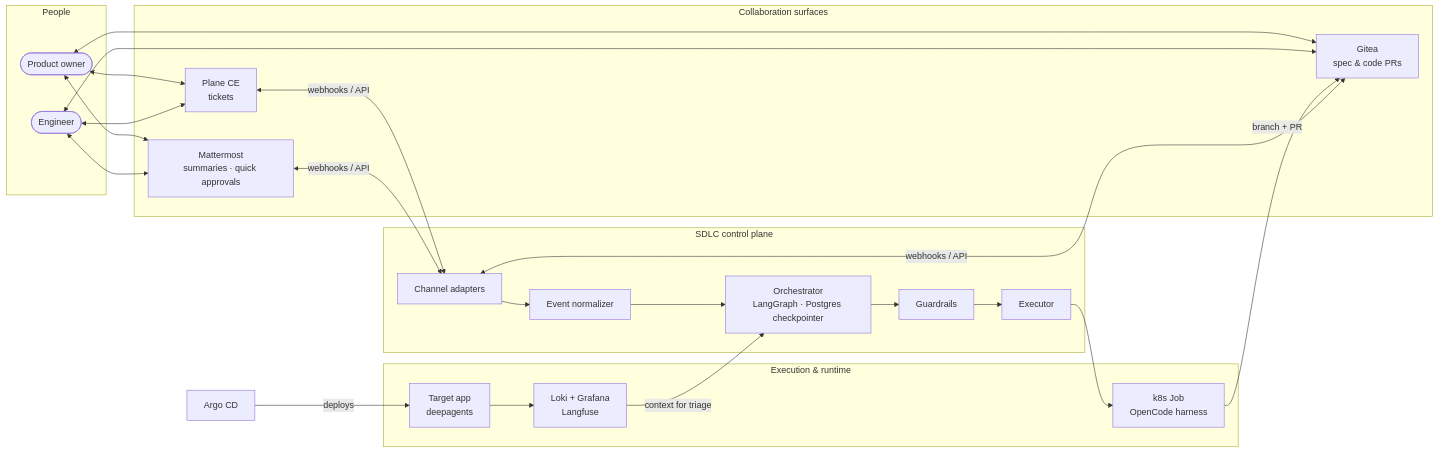
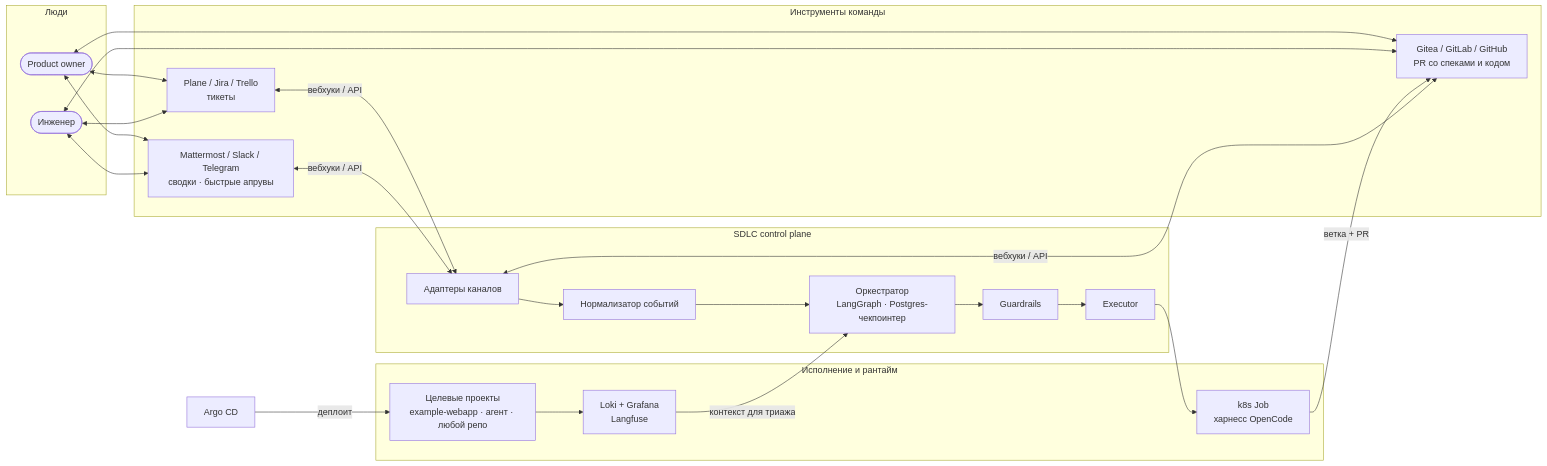
The second of 5 diagrams in README_ru.md (ulshv/AI-Native-SDLC), drawn with Mermaid before and after one commit. The commit also changed other lines of this file and 15 other files, not shown here.

First line of the commit message:
docs: @agent workflow, a worked example, merge rules and diagrams translation

````diff
--- a/README_ru.md
+++ b/README_ru.md
@@ -109,30 +156,30 @@
 ```mermaid
 flowchart LR
-    subgraph people[People]
+    subgraph people[Люди]
         po([Product owner])
-        dev([Engineer])
+        dev([Инженер])
     end
-    subgraph surfaces[Collaboration surfaces]
-        plane[Plane CE<br/>tickets]
-        gitea[Gitea<br/>spec & code PRs]
-        mm[Mattermost<br/>summaries · quick approvals]
+    subgraph surfaces[Инструменты команды]
+        plane[Plane / Jira / Trello<br/>тикеты]
+        gitea[Gitea / GitLab / GitHub<br/>PR со спеками и кодом]
+        mm[Mattermost / Slack / Telegram<br/>сводки · быстрые апрувы]
     end
     subgraph cp[SDLC control plane]
-        adapters[Channel adapters] --> norm[Event normalizer]
-        norm --> orch[Orchestrator<br/>LangGraph · Postgres checkpointer]
+        adapters[Адаптеры каналов] --> norm[Нормализатор событий]
+        norm --> orch[Оркестратор<br/>LangGraph · Postgres-чекпоинтер]
         orch --> guard[Guardrails]
         guard --> exec[Executor]
     end
-    subgraph runtime[Execution & runtime]
-        job[k8s Job<br/>OpenCode harness]
-        app[Target app<br/>deepagents]
+    subgraph runtime[Исполнение и рантайм]
+        job[k8s Job<br/>харнесс OpenCode]
+        app[Целевые проекты<br/>example-webapp · агент · любой репо]
         obs[Loki + Grafana<br/>Langfuse]
     end
     po & dev <--> plane & gitea & mm
-    plane & gitea & mm <-- webhooks / API --> adapters
+    plane & gitea & mm <-- вебхуки / API --> adapters
     exec --> job
-    job -- branch + PR --> gitea
+    job -- ветка + PR --> gitea
     app --> obs
-    obs -- context for triage --> orch
-    argo[Argo CD] -- deploys --> app
+    obs -- контекст для триажа --> orch
+    argo[Argo CD] -- деплоит --> app
 ```
````
